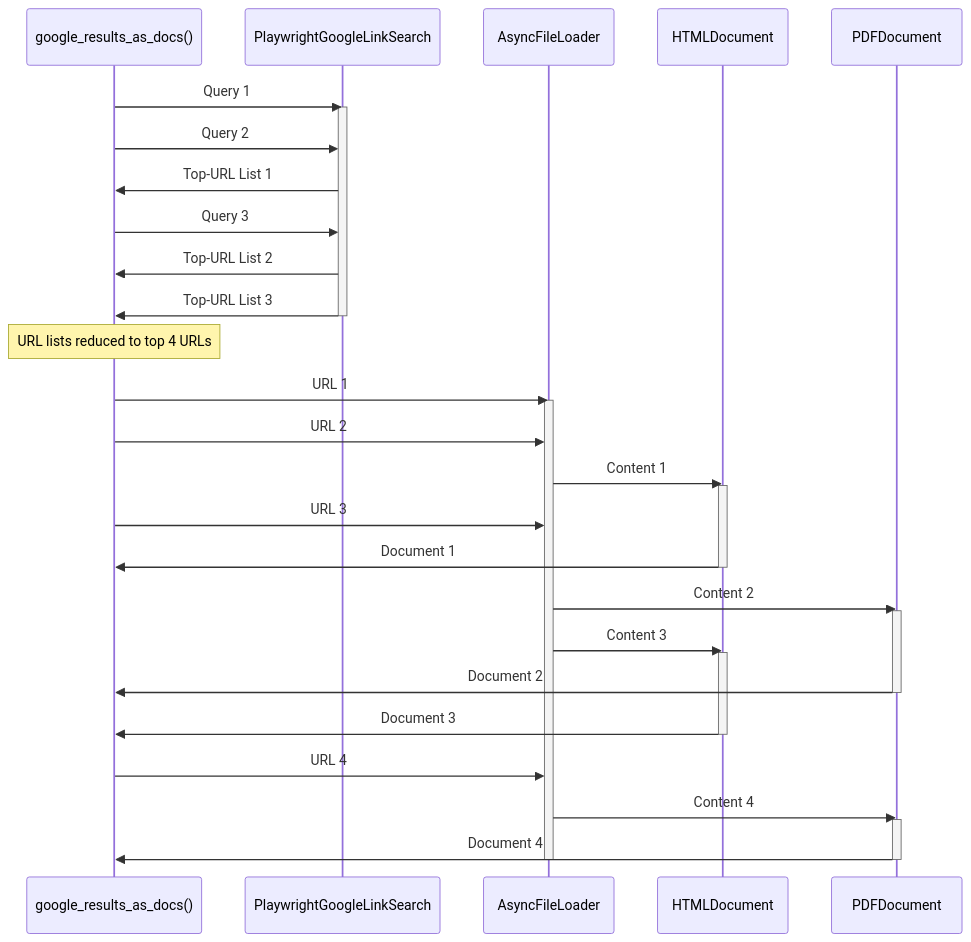
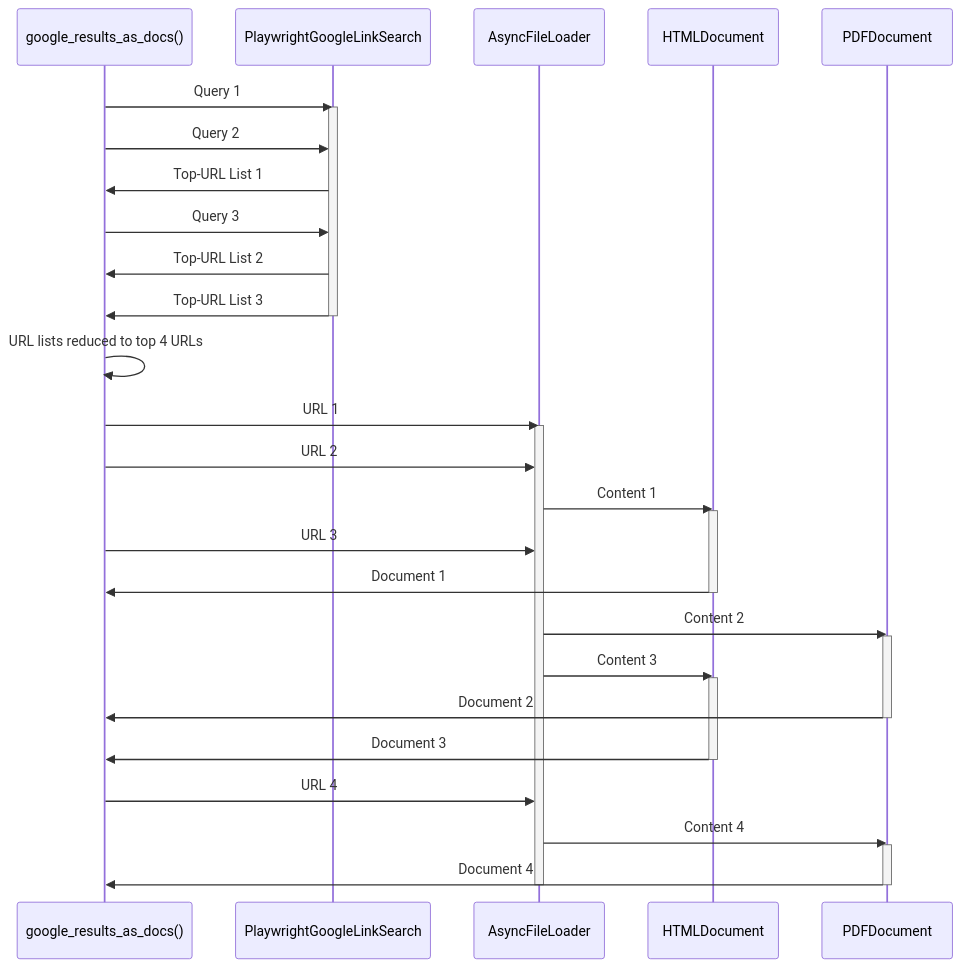
One commit to NREL/elm changed the fourth of 4 diagrams in elm/ords/ARCHITECTURE.md. Above: the diagram before and after it, drawn with Mermaid.

Commit message:
Update chart

````diff
--- a/elm/ords/ARCHITECTURE.md
+++ b/elm/ords/ARCHITECTURE.md
@@ -679,43 +679,43 @@
 ```mermaid
 sequenceDiagram
     participant A as google_results_as_docs()
     participant B as PlaywrightGoogleLinkSearch
     participant D as AsyncFileLoader
     participant E as HTMLDocument
     participant F as PDFDocument
 
     A ->> B: Query 1
     activate B
     A ->> B: Query 2
     B ->> A: Top-URL List 1
     A ->> B: Query 3
     B ->> A: Top-URL List 2
     B ->> A: Top-URL List 3
     deactivate B
 
-    Note over A: URL lists reduced to top 4 URLs
+    A ->> A: URL lists reduced to top 4 URLs
 
     A ->> D: URL 1
     activate D
     A ->> D: URL 2
     D ->> E: Content 1
     activate E
     A ->> D: URL 3
     E ->> A: Document 1
     deactivate E
     D ->> F: Content 2
     activate F
     D ->> E: Content 3
     activate E
     F ->> A: Document 2
     deactivate F
     E ->> A: Document 3
     deactivate E
     A ->> D: URL 4
     D ->> F: Content 4
     activate F
     F ->> A: Document 4
     deactivate F
     deactivate D
 
 ```
````
